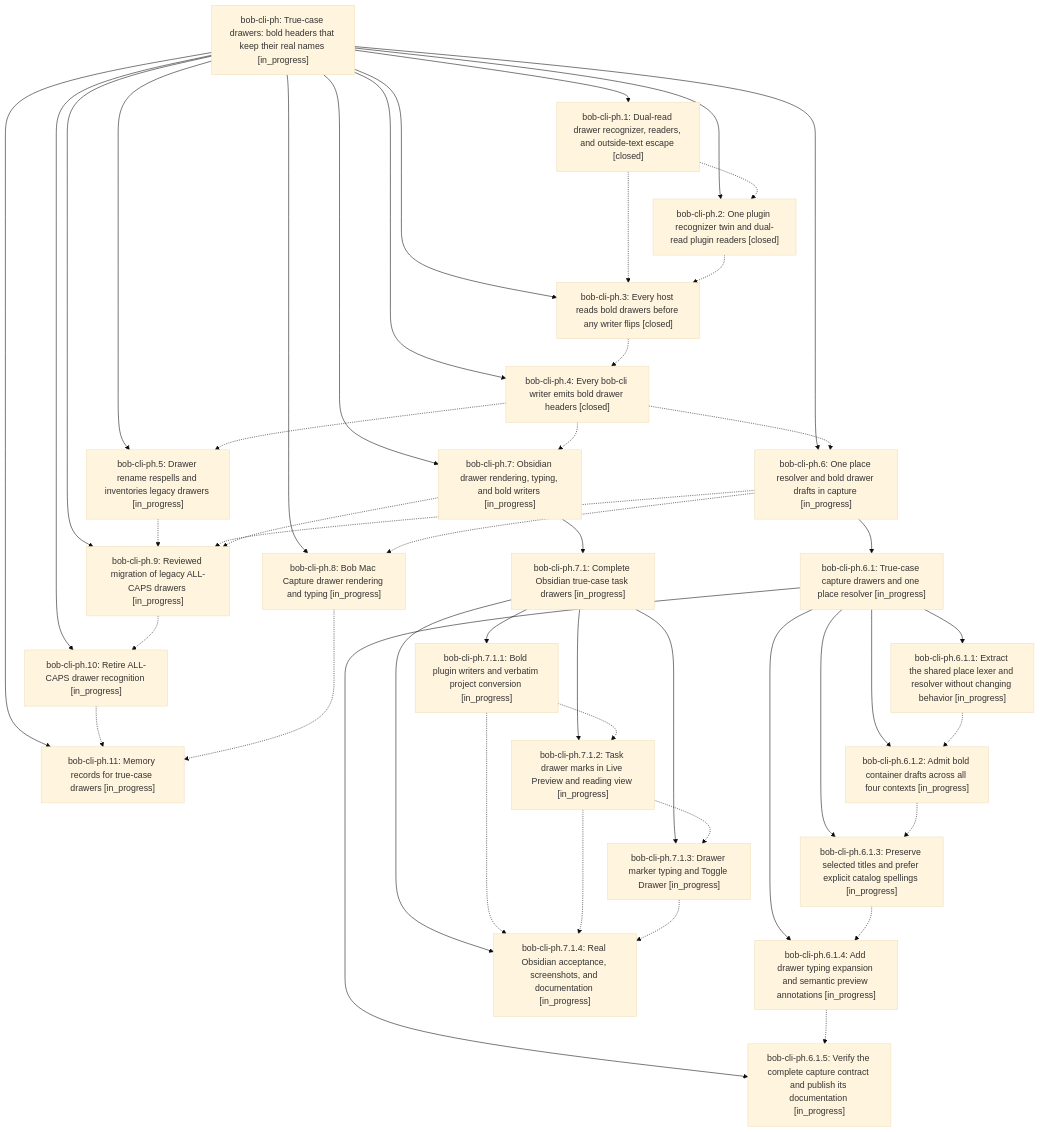
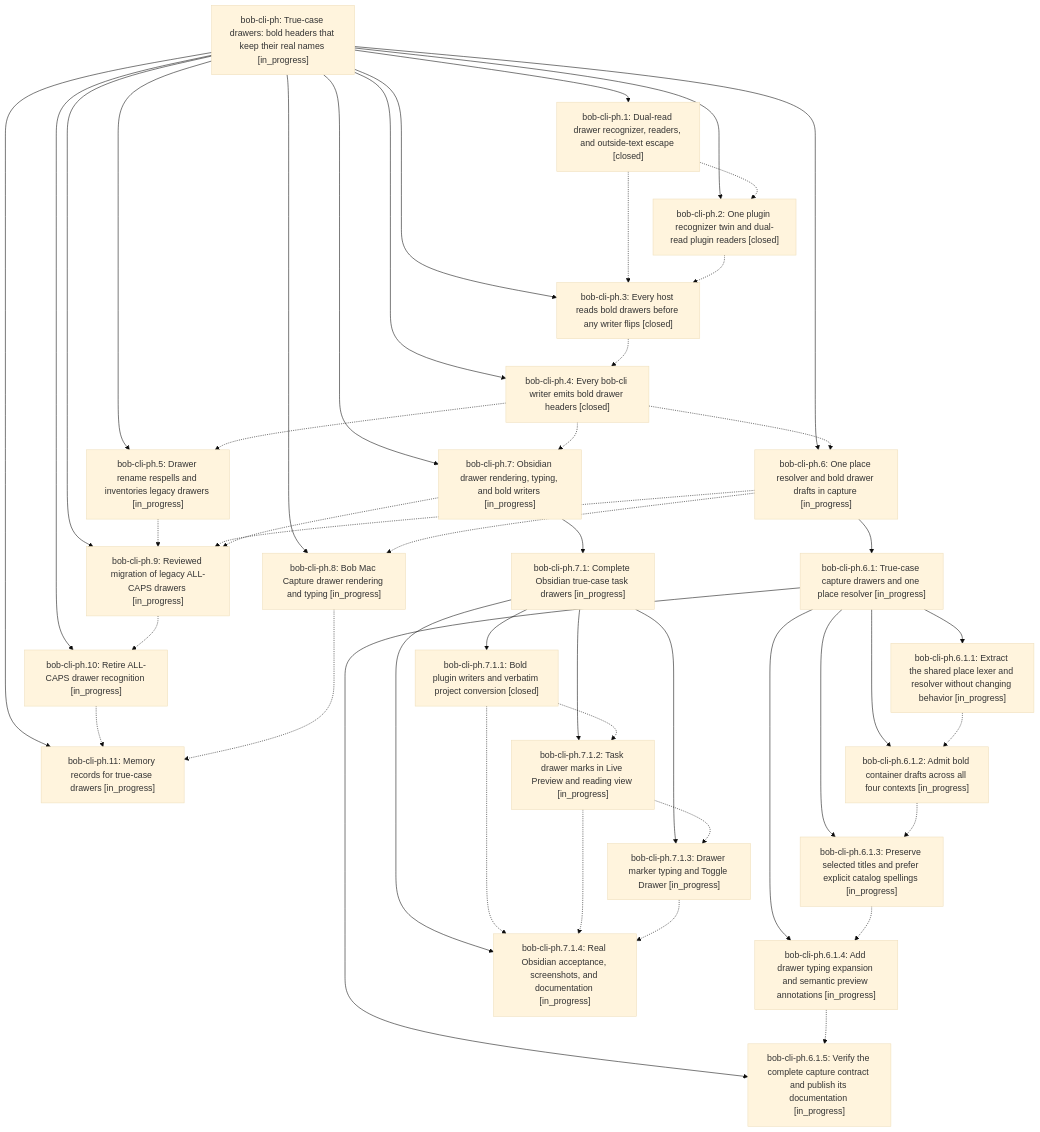
One commit to bobs-org/bob-cli--beads changed the diagram in pages/bob-cli-ph/README.md. Above: the diagram before and after it, drawn with Mermaid (base theme). The commit also changed other lines of this file and 5 other files, not shown here.

First line of the commit message:
chore(beads): sync bead state and pages for bob-cli-ph

````diff
--- a/pages/bob-cli-ph/README.md
+++ b/pages/bob-cli-ph/README.md
@@ -56,71 +56,71 @@
 ```mermaid
 flowchart TD
     n0["bob-cli-ph: True-case drawers: bold headers that keep their real names [in_progress]"]
     n1["bob-cli-ph.1: Dual-read drawer recognizer, readers, and outside-text escape [closed]"]
     n2["bob-cli-ph.10: Retire ALL-CAPS drawer recognition [in_progress]"]
     n3["bob-cli-ph.11: Memory records for true-case drawers [in_progress]"]
     n4["bob-cli-ph.2: One plugin recognizer twin and dual-read plugin readers [closed]"]
     n5["bob-cli-ph.3: Every host reads bold drawers before any writer flips [closed]"]
     n6["bob-cli-ph.4: Every bob-cli writer emits bold drawer headers [closed]"]
     n7["bob-cli-ph.5: Drawer rename respells and inventories legacy drawers [in_progress]"]
     n8["bob-cli-ph.6: One place resolver and bold drawer drafts in capture [in_progress]"]
     n9["bob-cli-ph.6.1: True-case capture drawers and one place resolver [in_progress]"]
     n10["bob-cli-ph.6.1.1: Extract the shared place lexer and resolver without changing behavior [in_progress]"]
     n11["bob-cli-ph.6.1.2: Admit bold container drafts across all four contexts [in_progress]"]
     n12["bob-cli-ph.6.1.3: Preserve selected titles and prefer explicit catalog spellings [in_progress]"]
     n13["bob-cli-ph.6.1.4: Add drawer typing expansion and semantic preview annotations [in_progress]"]
     n14["bob-cli-ph.6.1.5: Verify the complete capture contract and publish its documentation [in_progress]"]
     n15["bob-cli-ph.7: Obsidian drawer rendering, typing, and bold writers [in_progress]"]
     n16["bob-cli-ph.7.1: Complete Obsidian true-case task drawers [in_progress]"]
-    n17["bob-cli-ph.7.1.1: Bold plugin writers and verbatim project conversion [in_progress]"]
+    n17["bob-cli-ph.7.1.1: Bold plugin writers and verbatim project conversion [closed]"]
     n18["bob-cli-ph.7.1.2: Task drawer marks in Live Preview and reading view [in_progress]"]
     n19["bob-cli-ph.7.1.3: Drawer marker typing and Toggle Drawer [in_progress]"]
     n20["bob-cli-ph.7.1.4: Real Obsidian acceptance, screenshots, and documentation [in_progress]"]
     n21["bob-cli-ph.8: Bob Mac Capture drawer rendering and typing [in_progress]"]
     n22["bob-cli-ph.9: Reviewed migration of legacy ALL-CAPS drawers [in_progress]"]
     n0 --> n1
     n0 --> n2
     n0 --> n3
     n0 --> n4
     n0 --> n5
     n0 --> n6
     n0 --> n7
     n0 --> n8
     n8 --> n9
     n9 --> n10
     n9 --> n11
     n9 --> n12
     n9 --> n13
     n9 --> n14
     n0 --> n15
     n15 --> n16
     n16 --> n17
     n16 --> n18
     n16 --> n19
     n16 --> n20
     n0 --> n21
     n0 --> n22
     n1 -.-> n4
     n1 -.-> n5
     n2 -.-> n3
     n4 -.-> n5
     n5 -.-> n6
     n6 -.-> n7
     n6 -.-> n8
     n6 -.-> n15
     n7 -.-> n22
     n8 -.-> n21
     n8 -.-> n22
     n10 -.-> n11
     n11 -.-> n12
     n12 -.-> n13
     n13 -.-> n14
     n15 -.-> n22
     n17 -.-> n18
     n17 -.-> n20
     n18 -.-> n19
     n18 -.-> n20
     n19 -.-> n20
     n21 -.-> n3
     n22 -.-> n2
 ```
````
